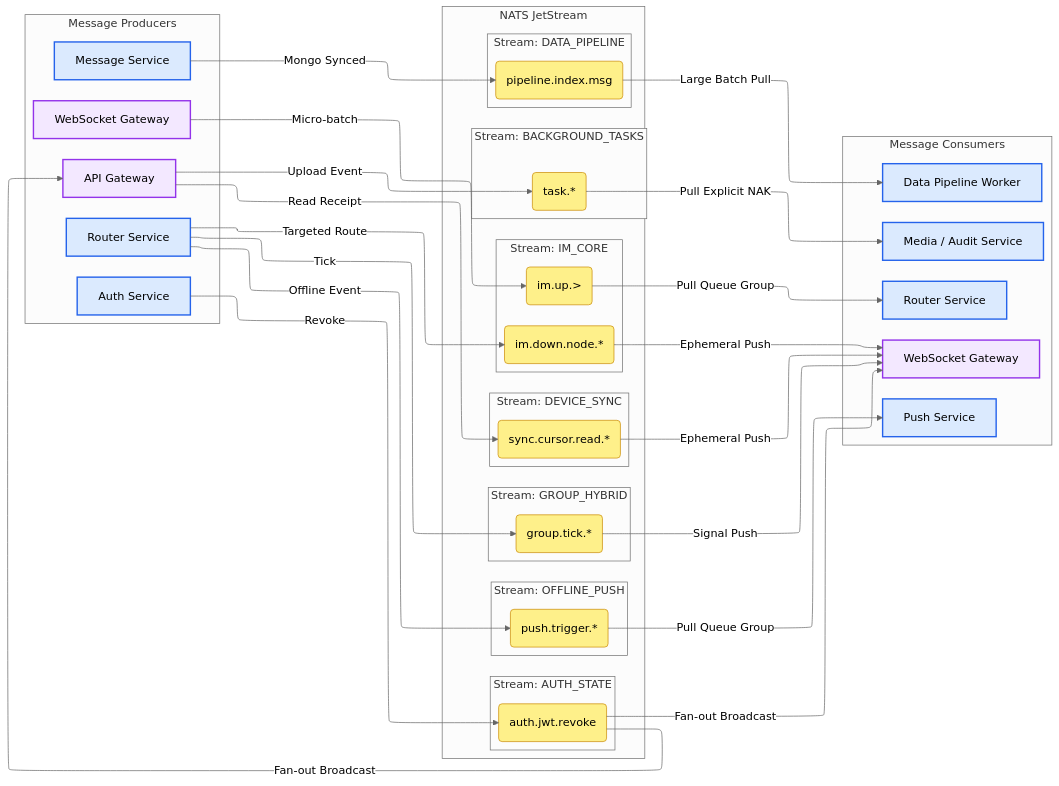
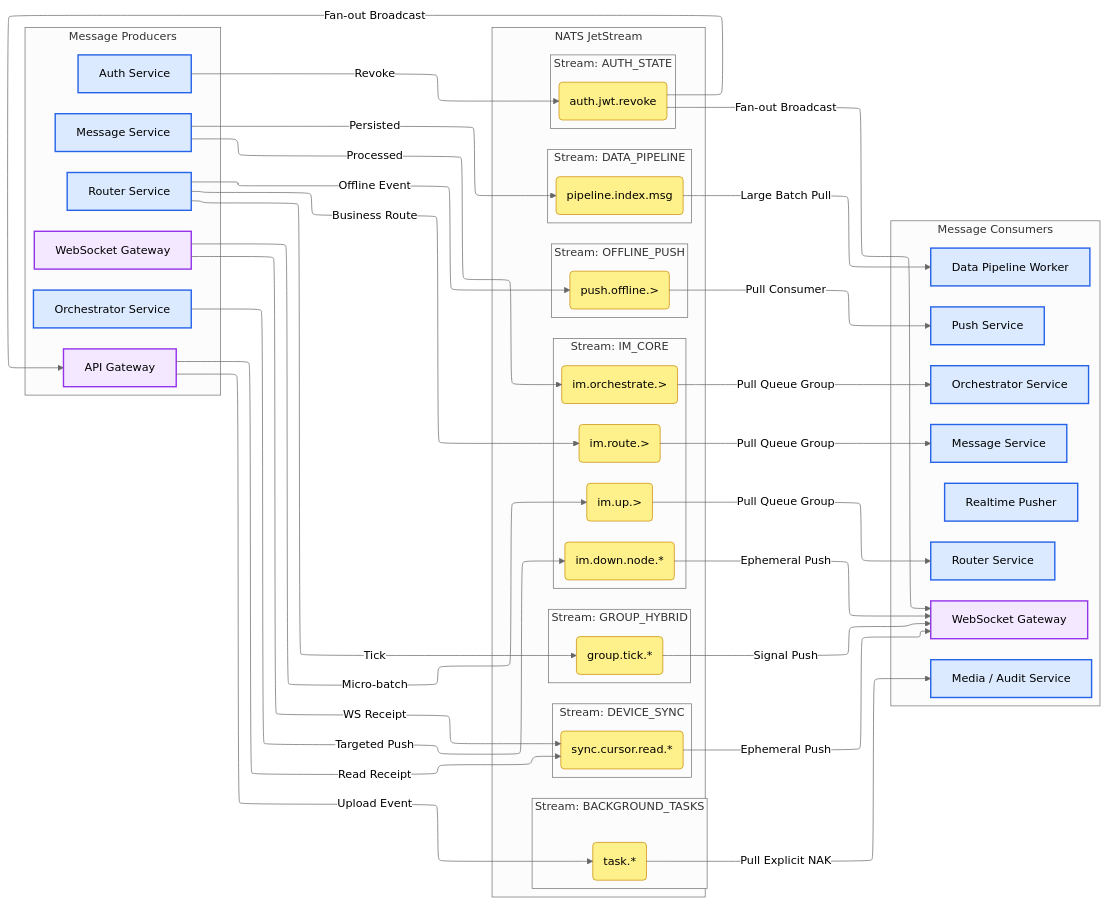
Before and after one commit to JamesWilson19970101/ocean.chat.docs: the first of 2 diagrams in i18n/zh-CN/docusaurus-plugin-content-docs/current/devdocs/jetstream-strategy.md, drawn with Mermaid (neutral theme). The commit also changed other lines of this file and 16 other files, not shown here.

First line of the commit message:
docs: Refine message delivery, NATS JetStream, and reliability architecture

```diff
--- a/i18n/zh-CN/docusaurus-plugin-content-docs/current/devdocs/jetstream-strategy.md
+++ b/i18n/zh-CN/docusaurus-plugin-content-docs/current/devdocs/jetstream-strategy.md
@@ -38,8 +38,9 @@
     subgraph Producers [Message Producers]
         WSG_P[WebSocket Gateway]:::gateway
         RS_P[Router Service]:::service
+        MS_P[Message Service]:::service
+        ORCH_P[Orchestrator Service]:::service
         AS_P[Auth Service]:::service
-        MS_P[Message Service]:::service
         API_P[API Gateway]:::gateway
     end
 
@@ -47,6 +48,8 @@
     subgraph JetStream [NATS JetStream]
         subgraph S_CORE [Stream: IM_CORE]
             UP(im.up.>):::subject
+            ROUTE(im.route.>):::subject
+            ORCH(im.orchestrate.>):::subject
             DOWN(im.down.node.*):::subject
         end
 
@@ -55,7 +58,7 @@
         end
 
         subgraph S_PUSH [Stream: OFFLINE_PUSH]
-            PUSH(push.trigger.*):::subject
+            PUSH(push.offline.>):::subject
         end
 
         subgraph S_AUTH [Stream: AUTH_STATE]
@@ -78,6 +81,9 @@
     %% Consumers
     subgraph Consumers [Message Consumers]
         RS_C[Router Service]:::service
+        MS_C[Message Service]:::service
+        ORCH_C[Orchestrator Service]:::service
+        REAL_C[Realtime Pusher]:::service
         WSG_C[WebSocket Gateway]:::gateway
         PUSH_C[Push Service]:::service
         DP_C[Data Pipeline Worker]:::service
@@ -86,21 +92,26 @@
 
     %% Production Flows
     WSG_P -- Micro-batch --> UP
-    RS_P -- Targeted Route --> DOWN
+    RS_P -- Business Route --> ROUTE
+    MS_P -- Processed --> ORCH
+    ORCH_P -- Targeted Push --> DOWN
     RS_P -- Tick --> TICK
     RS_P -- Offline Event --> PUSH
     AS_P -- Revoke --> REVOKE
-    MS_P -- Mongo Synced --> INDEX
+    MS_P -- Persisted --> INDEX
     API_P -- Upload Event --> TASK
     API_P -- Read Receipt --> SYNC
+    WSG_P -- WS Receipt --> SYNC
 
     %% Consumption Flows
     UP -- Pull Queue Group --> RS_C
+    ROUTE -- Pull Queue Group --> MS_C
+    ORCH -- Pull Queue Group --> ORCH_C
     DOWN -- Ephemeral Push --> WSG_C
     REVOKE -- Fan-out Broadcast --> WSG_C
     REVOKE -- Fan-out Broadcast --> API_P
     TICK -- Signal Push --> WSG_C
-    PUSH -- Pull Queue Group --> PUSH_C
+    PUSH -- Pull Consumer --> PUSH_C
     INDEX -- Large Batch Pull --> DP_C
     TASK -- Pull Explicit NAK --> MEDIA_C
     SYNC -- Ephemeral Push --> WSG_C
```
